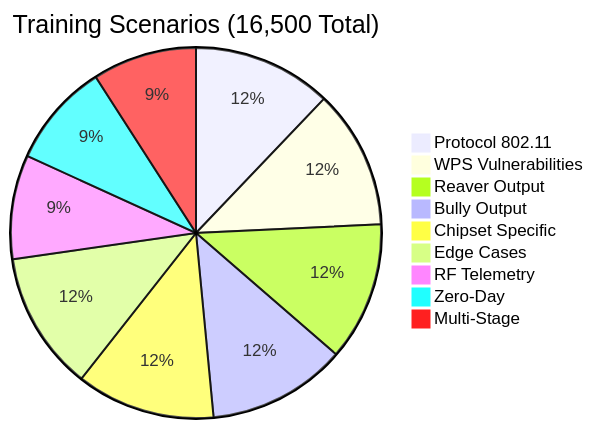
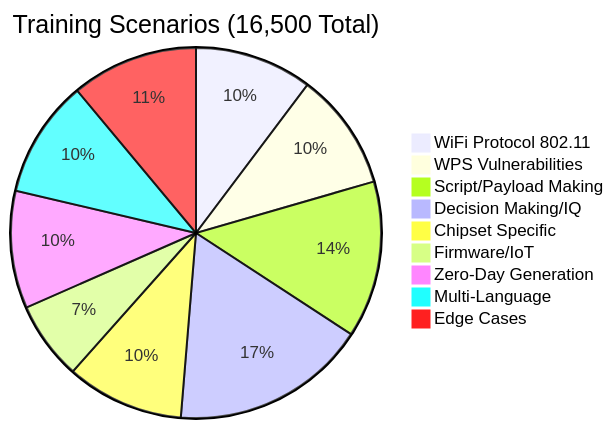
The second of 4 diagrams in README.md (OPX-Aminul/OPXoneshot), drawn with Mermaid before and after one commit. The commit also changed other lines of this file, not shown here.

````diff
--- a/README.md
+++ b/README.md
@@ -515,12 +518,12 @@
 ```mermaid
 pie title Training Scenarios (16,500 Total)
-    "Protocol 802.11" : 2000
-    "WPS Vulnerabilities" : 2000
-    "Reaver Output" : 2000
-    "Bully Output" : 2000
-    "Chipset Specific" : 2000
-    "Edge Cases" : 2000
-    "RF Telemetry" : 1500
-    "Zero-Day" : 1500
-    "Multi-Stage" : 1500
+    "WiFi Protocol 802.11" : 3000
+    "WPS Vulnerabilities" : 3000
+    "Script/Payload Making" : 4000
+    "Decision Making/IQ" : 5000
+    "Chipset Specific" : 3000
+    "Firmware/IoT" : 2000
+    "Zero-Day Generation" : 3000
+    "Multi-Language" : 3000
+    "Edge Cases" : 3235
 ```
````
